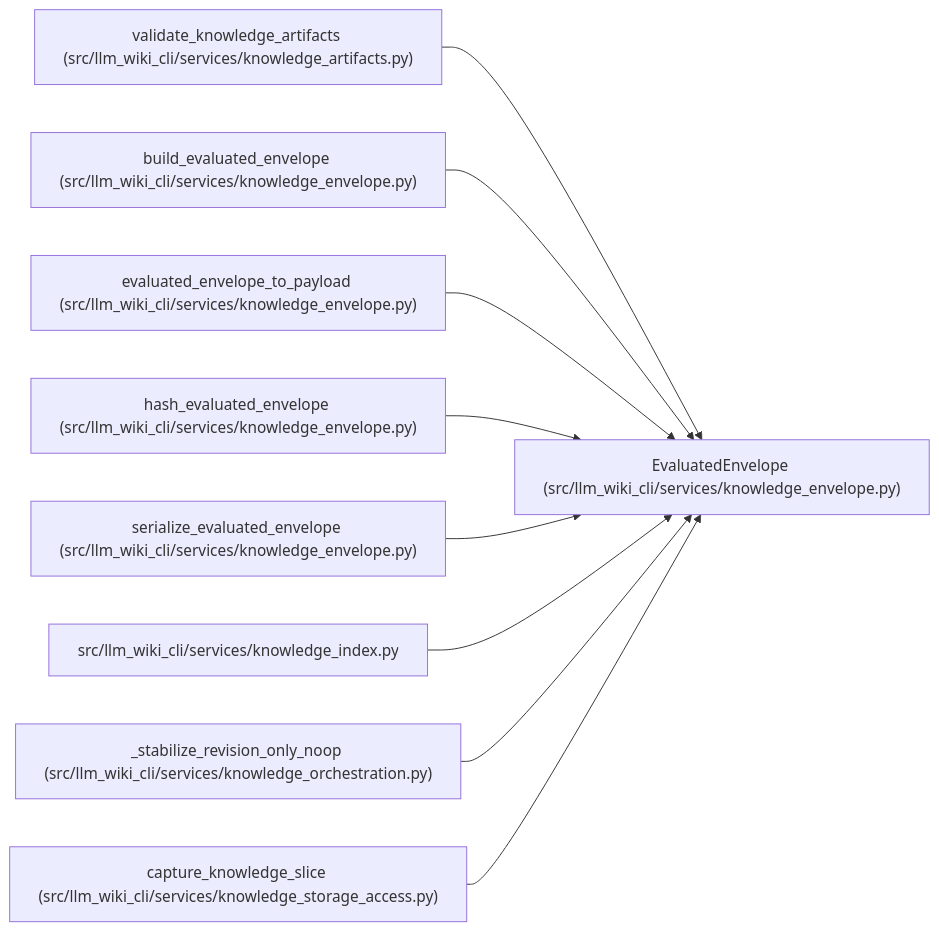
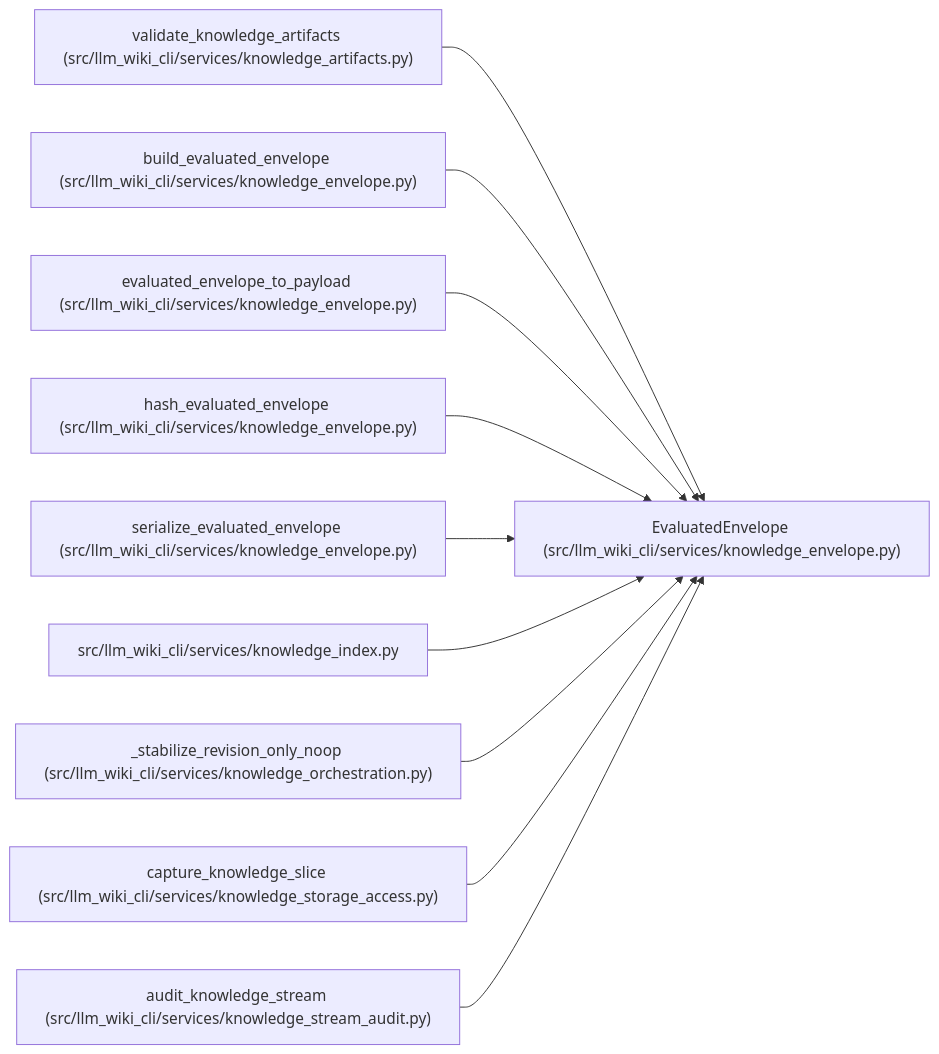
One commit to Denissvgn/python-wiki-llm changed the diagram in docs/llm_wiki/entities/EvaluatedEnvelope.md. Above: the diagram before and after it, drawn with Mermaid. The commit also changed other lines of this file and 476 other files, not shown here.

````diff
--- a/docs/llm_wiki/entities/EvaluatedEnvelope.md
+++ b/docs/llm_wiki/entities/EvaluatedEnvelope.md
@@ -33,29 +33,32 @@
 ```mermaid
 flowchart LR
     n0["EvaluatedEnvelope (src/llm_wiki_cli/services/knowledge_envelope.py)"]
     n1["validate_knowledge_artifacts (src/llm_wiki_cli/services/knowledge_artifacts.py)"]
     n2["build_evaluated_envelope (src/llm_wiki_cli/services/knowledge_envelope.py)"]
     n3["evaluated_envelope_to_payload (src/llm_wiki_cli/services/knowledge_envelope.py)"]
     n4["hash_evaluated_envelope (src/llm_wiki_cli/services/knowledge_envelope.py)"]
     n5["serialize_evaluated_envelope (src/llm_wiki_cli/services/knowledge_envelope.py)"]
     n6["src/llm_wiki_cli/services/knowledge_index.py"]
     n7["_stabilize_revision_only_noop (src/llm_wiki_cli/services/knowledge_orchestration.py)"]
     n8["capture_knowledge_slice (src/llm_wiki_cli/services/knowledge_storage_access.py)"]
+    n9["audit_knowledge_stream (src/llm_wiki_cli/services/knowledge_stream_audit.py)"]
     n1 --> n0
     n2 --> n0
     n3 --> n0
     n4 --> n0
     n5 --> n0
     n6 --> n0
     n7 --> n0
     n8 --> n0
+    n9 --> n0
     click n0 "../modules/knowledge_envelope.md"
     click n1 "../modules/knowledge_artifacts.md"
     click n2 "../modules/knowledge_envelope.md"
     click n3 "../modules/knowledge_envelope.md"
     click n4 "../modules/knowledge_envelope.md"
     click n5 "../modules/knowledge_envelope.md"
     click n6 "../modules/knowledge_index.md"
     click n7 "../modules/knowledge_orchestration.md"
     click n8 "../modules/knowledge_storage_access.md"
+    click n9 "../modules/knowledge_stream_audit.md"
 ```
````
